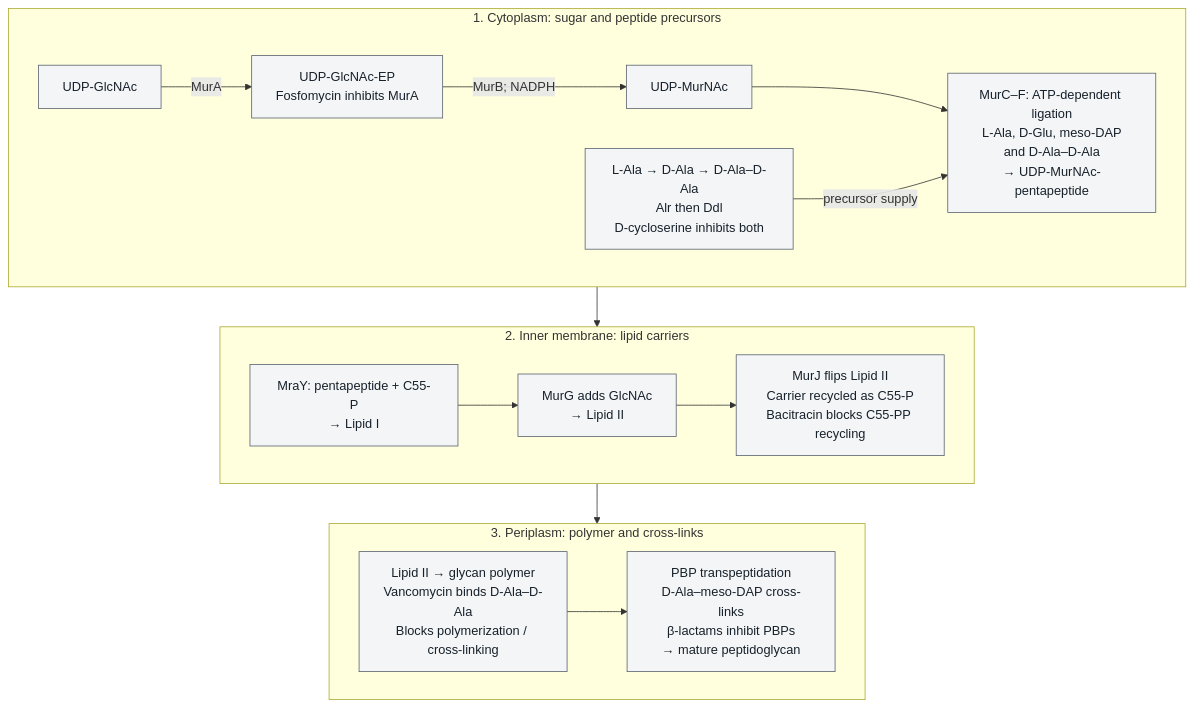
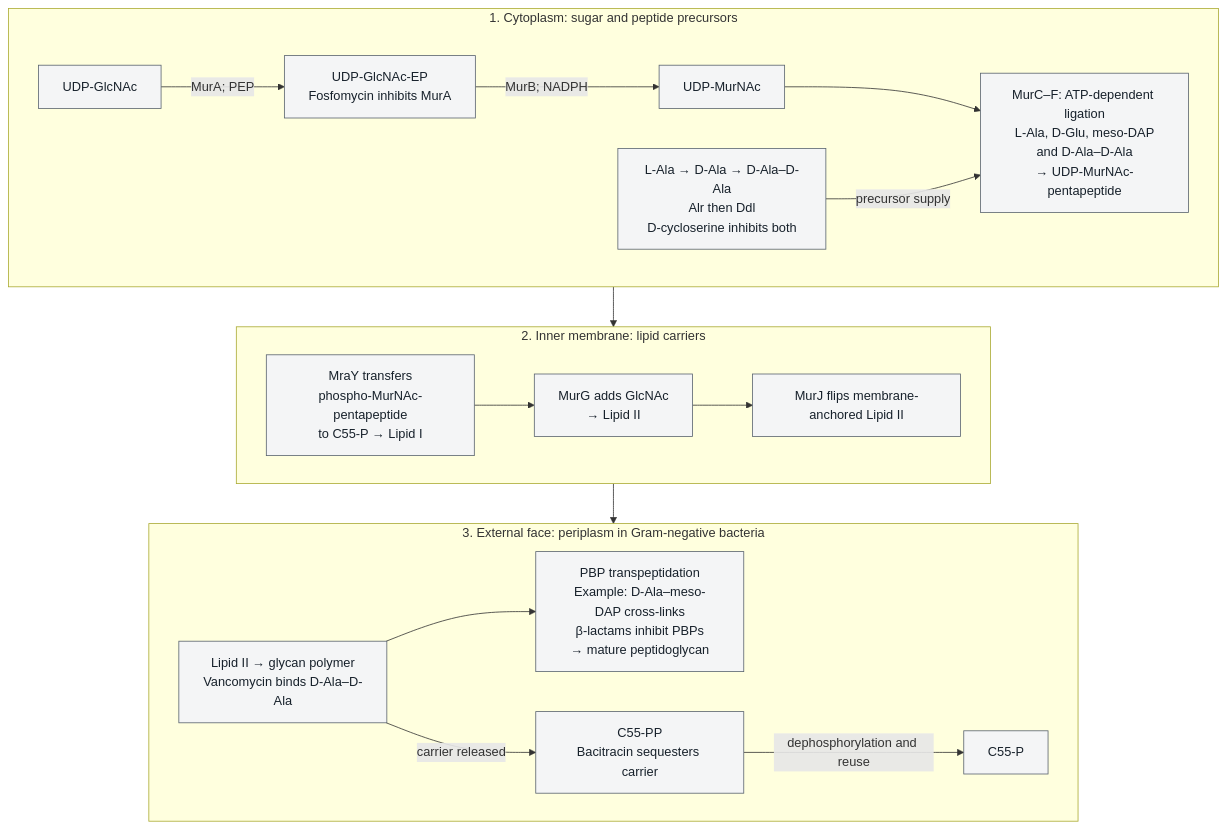
The first of 9 diagrams in docs/manuscript/unit_VII/bacteria_archaea_viruses.md (docxology/biology_textbook), drawn with Mermaid before and after one commit. The commit also changed other lines of this file and 11 other files, not shown here.

````diff
--- a/docs/manuscript/unit_VII/bacteria_archaea_viruses.md
+++ b/docs/manuscript/unit_VII/bacteria_archaea_viruses.md
@@ -99,25 +99,25 @@
 ```mermaid
 ---
 config:
   layout: dagre
 ---
 flowchart TB
     subgraph CYT["1. Cytoplasm: sugar and peptide precursors"]
         direction LR
-        S1["UDP-GlcNAc"] -->|MurA| S2["UDP-GlcNAc-EP<br/>Fosfomycin inhibits MurA"]
+        S1["UDP-GlcNAc"] -->|MurA; PEP| S2["UDP-GlcNAc-EP<br/>Fosfomycin inhibits MurA"]
         S2 -->|MurB; NADPH| S3["UDP-MurNAc"]
         S3 --> S4["MurC–F: ATP-dependent ligation<br/>L-Ala, D-Glu, meso-DAP<br/>and D-Ala–D-Ala<br/>→ UDP-MurNAc-pentapeptide"]
         DA["L-Ala → D-Ala → D-Ala–D-Ala<br/>Alr then Ddl<br/>D-cycloserine inhibits both"] -->|precursor supply| S4
     end
     subgraph MEM["2. Inner membrane: lipid carriers"]
         direction LR
-        S5["MraY: pentapeptide + C55-P<br/>→ Lipid I"] --> S6["MurG adds GlcNAc<br/>→ Lipid II"]
-        S6 --> S6b["MurJ flips Lipid II<br/>Carrier recycled as C55-P<br/>Bacitracin blocks C55-PP recycling"]
+        S5["MraY transfers<br/>phospho-MurNAc-pentapeptide<br/>to C55-P → Lipid I"] --> S6["MurG adds GlcNAc<br/>→ Lipid II"]
+        S6 --> S6b["MurJ flips membrane-anchored Lipid II"]
     end
-    subgraph PER["3. Periplasm: polymer and cross-links"]
-        direction LR
-        S7["Lipid II → glycan polymer<br/>Vancomycin binds D-Ala–D-Ala<br/>Blocks polymerization / cross-linking"] --> S8["PBP transpeptidation<br/>D-Ala–meso-DAP cross-links<br/>β-lactams inhibit PBPs<br/>→ mature peptidoglycan"]
+    subgraph PER["3. External face: periplasm in Gram-negative bacteria"]
+        S7["Lipid II → glycan polymer<br/>Vancomycin binds D-Ala–D-Ala"] --> S8["PBP transpeptidation<br/>Example: D-Ala–meso-DAP cross-links<br/>β-lactams inhibit PBPs<br/>→ mature peptidoglycan"]
+        S7 -->|carrier released| R["C55-PP<br/>Bacitracin sequesters carrier"] -->|dephosphorylation and reuse| R2["C55-P"]
     end
     CYT --> MEM --> PER
     classDef default fill:#f4f5f6,stroke:#59636e,color:#17212b
 ```
````
